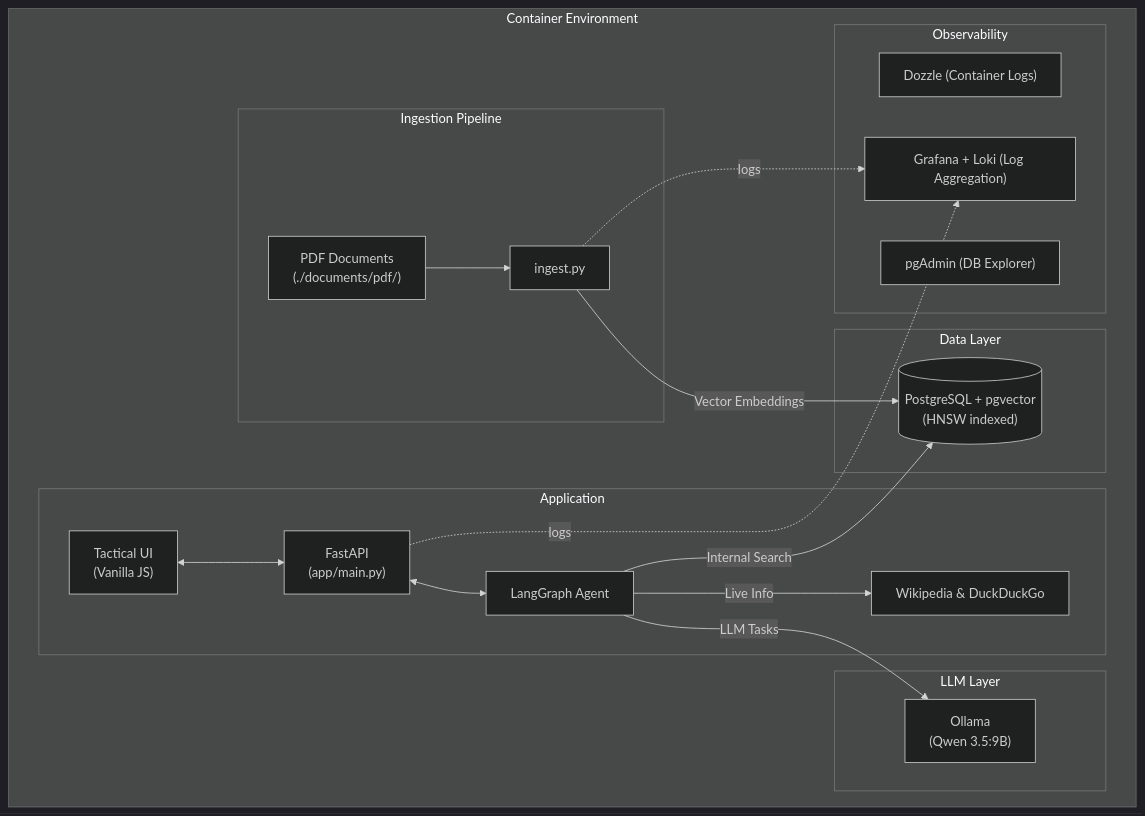
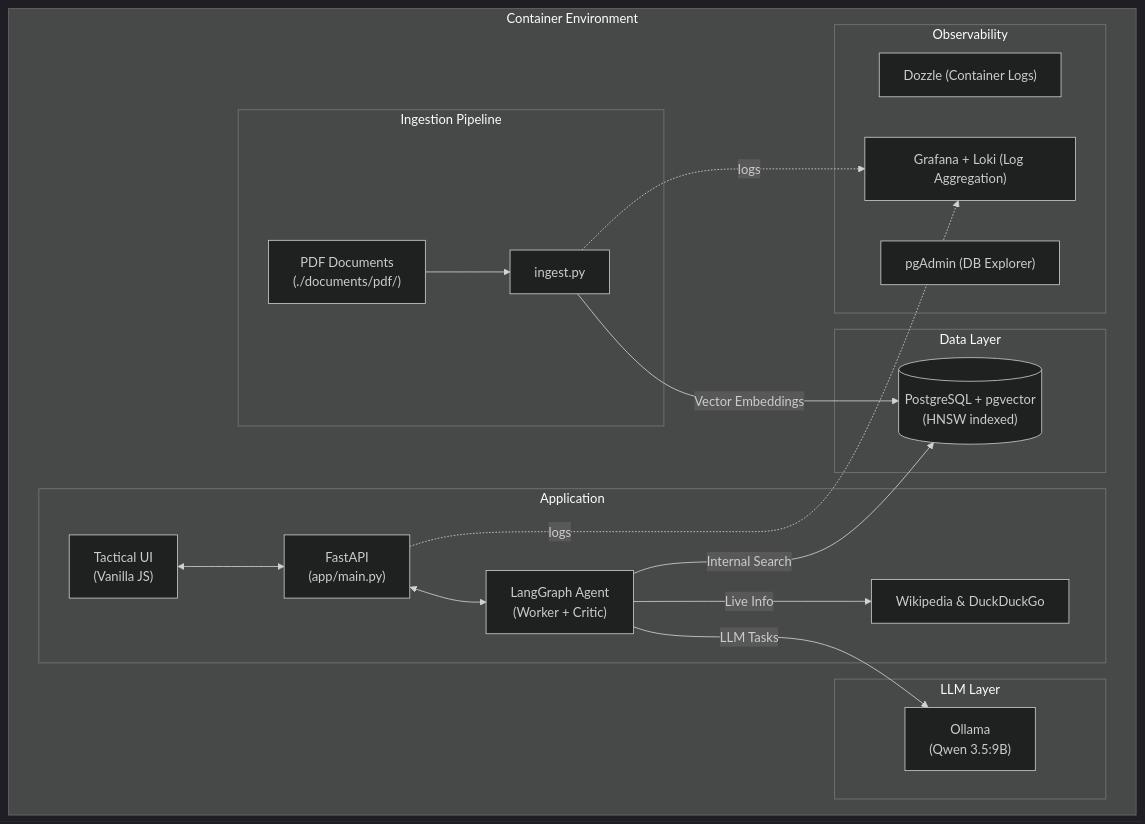
The diagram in README.md (fbaierl/geo-vision-lab), drawn with Mermaid before and after one commit. The commit also changed other lines of this file and 6 other files, not shown here.

````diff
--- a/README.md
+++ b/README.md
@@ -46,35 +44,35 @@
 ```mermaid
 %%{init: {'theme': 'dark'}}%%
 graph TD
     subgraph Docker ["Container Environment"]
         subgraph Data ["Data Layer"]
             PG[("PostgreSQL + pgvector\n(HNSW indexed)")]
         end
 
         subgraph LLM ["LLM Layer"]
             OL["Ollama\n(Qwen 3.5:9B)"]
         end
 
         subgraph Ingestion ["Ingestion Pipeline"]
             PDF["PDF Documents\n(./documents/pdf/)"] --> ING["ingest.py"]
             ING -->|"Vector Embeddings"| PG
         end
 
         subgraph App ["Application"]
             UI["Tactical UI\n(Vanilla JS)"] <--> API["FastAPI\n(app/main.py)"]
-            API <--> AGENT["LangGraph Agent"]
+            API <--> AGENT["LangGraph Agent\n(Worker + Critic)"]
             AGENT -->|"Internal Search"| PG
             AGENT -->|"LLM Tasks"| OL
             AGENT -->|"Live Info"| WEB["Wikipedia & DuckDuckGo"]
         end
 
         subgraph Ops ["Observability"]
             DZ["Dozzle (Container Logs)"]
             GF["Grafana + Loki (Log Aggregation)"]
             PA["pgAdmin (DB Explorer)"]
         end
     end
 
     API -.->|"logs"| GF
     ING -.->|"logs"| GF
 ```
````
